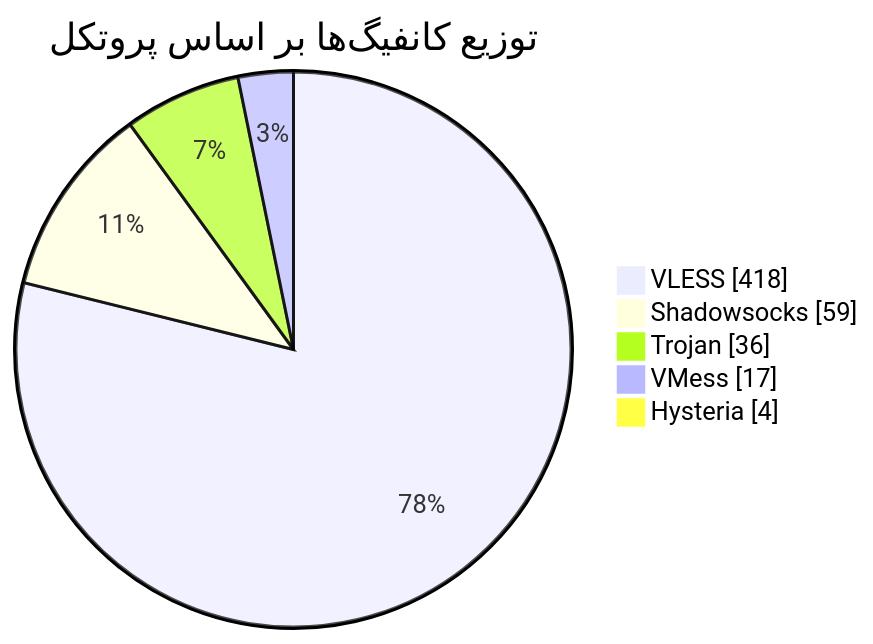
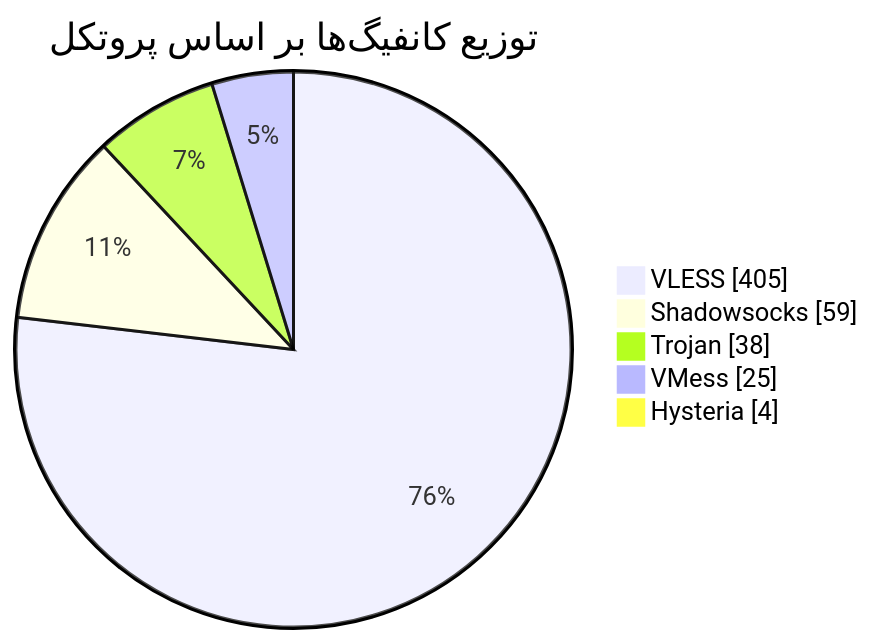
The diagram in README.md (Arian-Alijani/Somthing), drawn with Mermaid before and after one commit. The commit also changed other lines of this file and 79 other files, not shown here.

````diff
--- a/README.md
+++ b/README.md
@@ -47,9 +47,9 @@
 ```mermaid
 pie showData
     title توزیع کانفیگ‌ها بر اساس پروتکل
-    "VLESS" : 418
+    "VLESS" : 405
     "Shadowsocks" : 59
-    "Trojan" : 36
-    "VMess" : 17
+    "Trojan" : 38
+    "VMess" : 25
     "Hysteria" : 4
 ```
````
